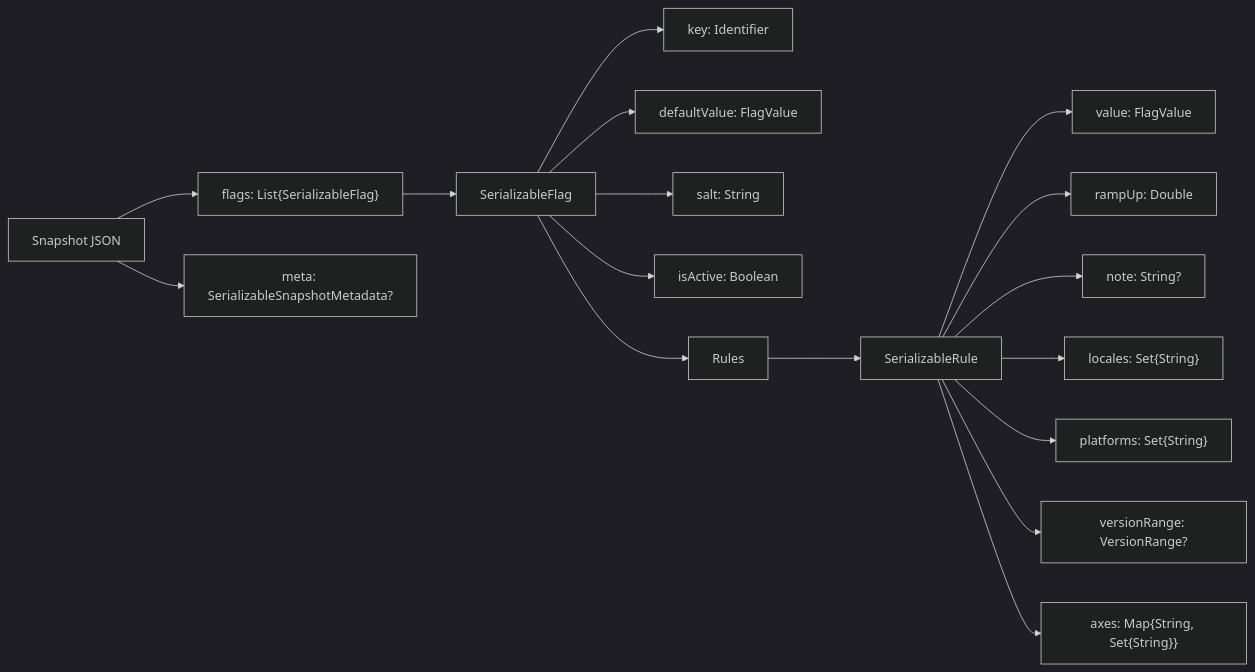
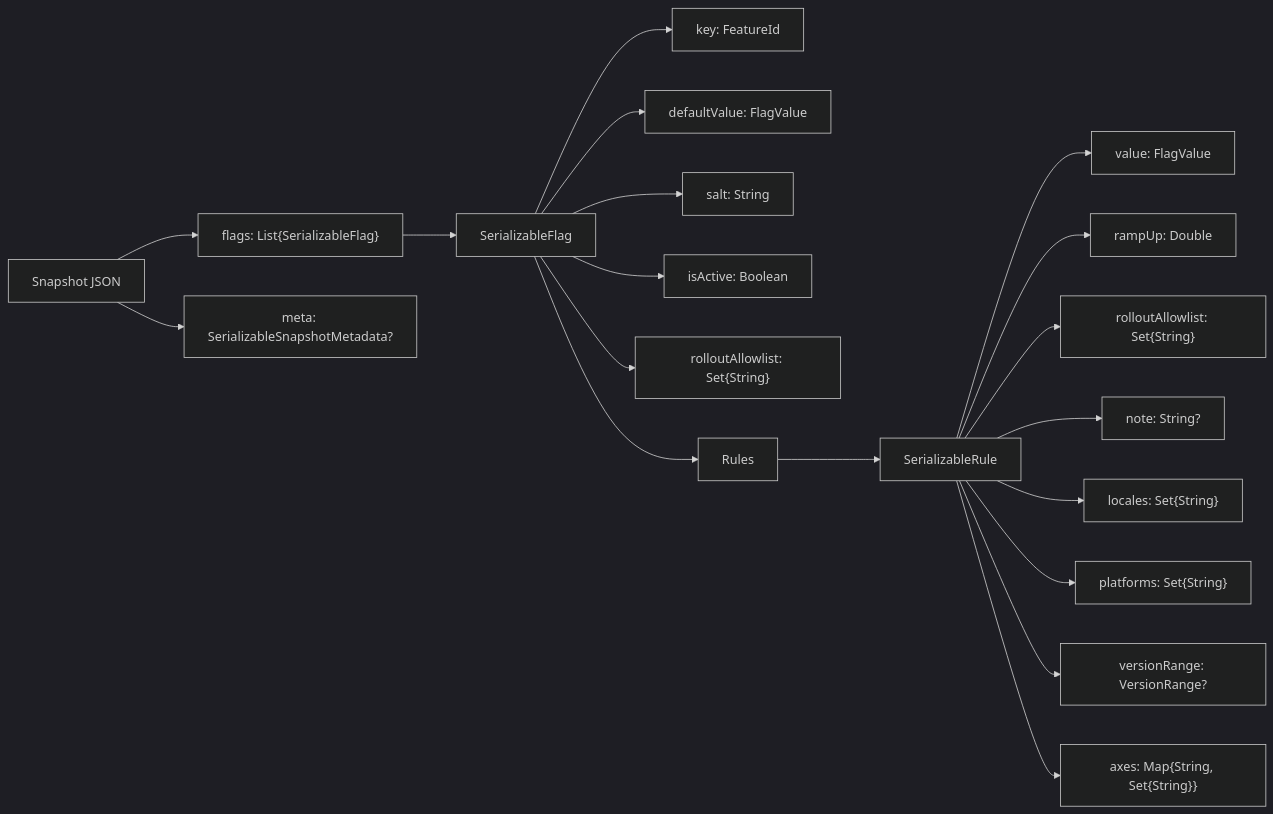
One commit to amichne/konditional changed the diagram in docs/08-persistence-format.md. Above: the diagram before and after it, drawn with Mermaid (dark theme). The commit also changed other lines of this file and 101 other files, not shown here.

````diff
--- a/docs/08-persistence-format.md
+++ b/docs/08-persistence-format.md
@@ -17,20 +17,22 @@
 ```mermaid
 flowchart LR
     Snap[Snapshot JSON] --> Flags["flags: List{SerializableFlag}"]
     Snap --> Meta["meta: SerializableSnapshotMetadata?"]
     Flags --> Flag["SerializableFlag"]
-    Flag --> Key["key: Identifier"]
+    Flag --> Key["key: FeatureId"]
     Flag --> Default["defaultValue: FlagValue"]
     Flag --> Salt["salt: String"]
     Flag --> Active["isActive: Boolean"]
+    Flag --> FAllow["rolloutAllowlist: Set{String}"]
     Flag --> Rules
     Rules --> Rule["SerializableRule"]
     Rule --> RVal["value: FlagValue"]
     Rule --> Ramp["rampUp: Double"]
+    Rule --> RAllow["rolloutAllowlist: Set{String}"]
     Rule --> Note["note: String?"]
     Rule --> Loc["locales: Set{String}"]
     Rule --> Plat["platforms: Set{String}"]
     Rule --> Vr["versionRange: VersionRange?"]
     Rule --> Axes["axes: Map{String, Set{String}}"]
 
 ```
````
